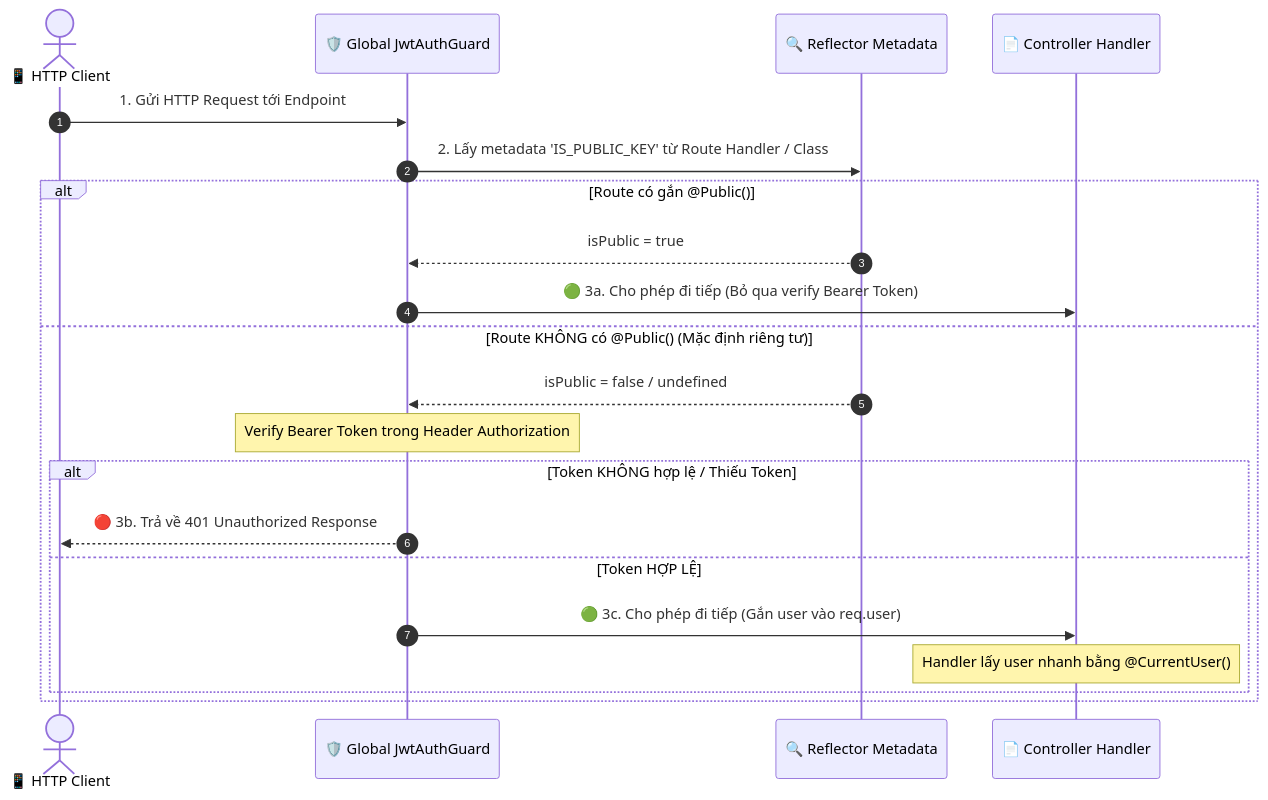
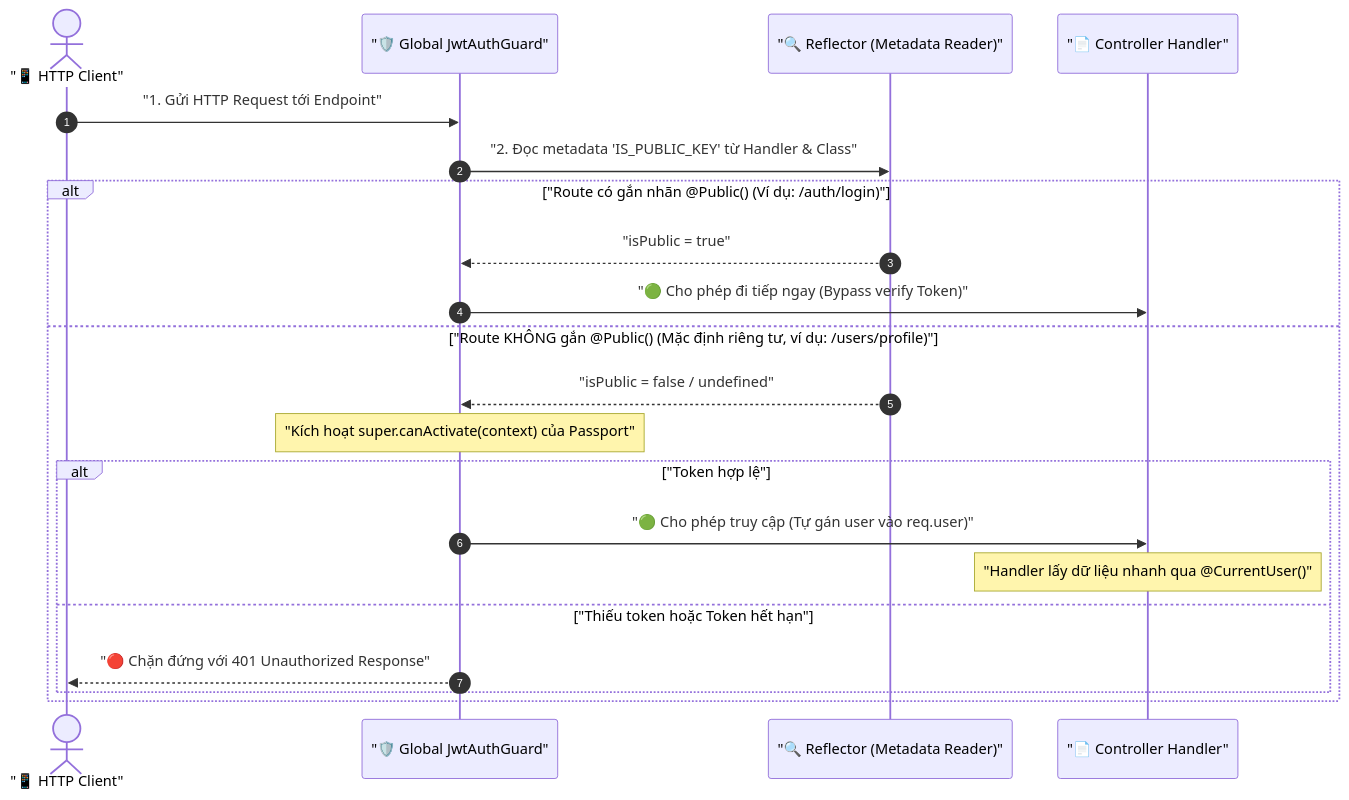
Before and after one commit to thanhmati/nestjs-basic-course: the first of 2 diagrams in docs/modules/module-04/lesson-4.6/lesson-4.6.md, drawn with Mermaid. The commit also changed other lines of this file and 3 other files, not shown here.

````diff
--- a/docs/modules/module-04/lesson-4.6/lesson-4.6.md
+++ b/docs/modules/module-04/lesson-4.6/lesson-4.6.md
@@ -68,25 +85,25 @@
 ```mermaid
 sequenceDiagram
     autonumber
-    actor Client as 📱 HTTP Client
-    participant Guard as 🛡️ Global JwtAuthGuard
-    participant Reflector as 🔍 Reflector Metadata
-    participant Controller as 📄 Controller Handler
+    actor Client as "📱 HTTP Client"
+    participant Guard as "🛡️ Global JwtAuthGuard"
+    participant Reflector as "🔍 Reflector (Metadata Reader)"
+    participant Controller as "📄 Controller Handler"
 
-    Client->>Guard: 1. Gửi HTTP Request tới Endpoint
-    Guard->>Reflector: 2. Lấy metadata 'IS_PUBLIC_KEY' từ Route Handler / Class
+    Client->>Guard: "1. Gửi HTTP Request tới Endpoint"
+    Guard->>Reflector: "2. Đọc metadata 'IS_PUBLIC_KEY' từ Handler & Class"
 
-    alt Route có gắn @Public()
-        Reflector-->>Guard: isPublic = true
-        Guard->>Controller: 🟢 3a. Cho phép đi tiếp (Bỏ qua verify Bearer Token)
-    else Route KHÔNG có @Public() (Mặc định riêng tư)
-        Reflector-->>Guard: isPublic = false / undefined
-        Note over Guard: Verify Bearer Token trong Header Authorization
-        alt Token KHÔNG hợp lệ / Thiếu Token
-            Guard-->>Client: 🔴 3b. Trả về 401 Unauthorized Response
-        else Token HỢP LỆ
-            Guard->>Controller: 🟢 3c. Cho phép đi tiếp (Gắn user vào req.user)
-            Note over Controller: Handler lấy user nhanh bằng @CurrentUser()
+    alt "Route có gắn nhãn @Public() (Ví dụ: /auth/login)"
+        Reflector-->>Guard: "isPublic = true"
+        Guard->>Controller: "🟢 Cho phép đi tiếp ngay (Bypass verify Token)"
+    else "Route KHÔNG gắn @Public() (Mặc định riêng tư, ví dụ: /users/profile)"
+        Reflector-->>Guard: "isPublic = false / undefined"
+        Note over Guard: "Kích hoạt super.canActivate(context) của Passport"
+        alt "Token hợp lệ"
+            Guard->>Controller: "🟢 Cho phép truy cập (Tự gán user vào req.user)"
+            Note over Controller: "Handler lấy dữ liệu nhanh qua @CurrentUser()"
+        else "Thiếu token hoặc Token hết hạn"
+            Guard-->>Client: "🔴 Chặn đứng với 401 Unauthorized Response"
         end
     end
 ```
````
